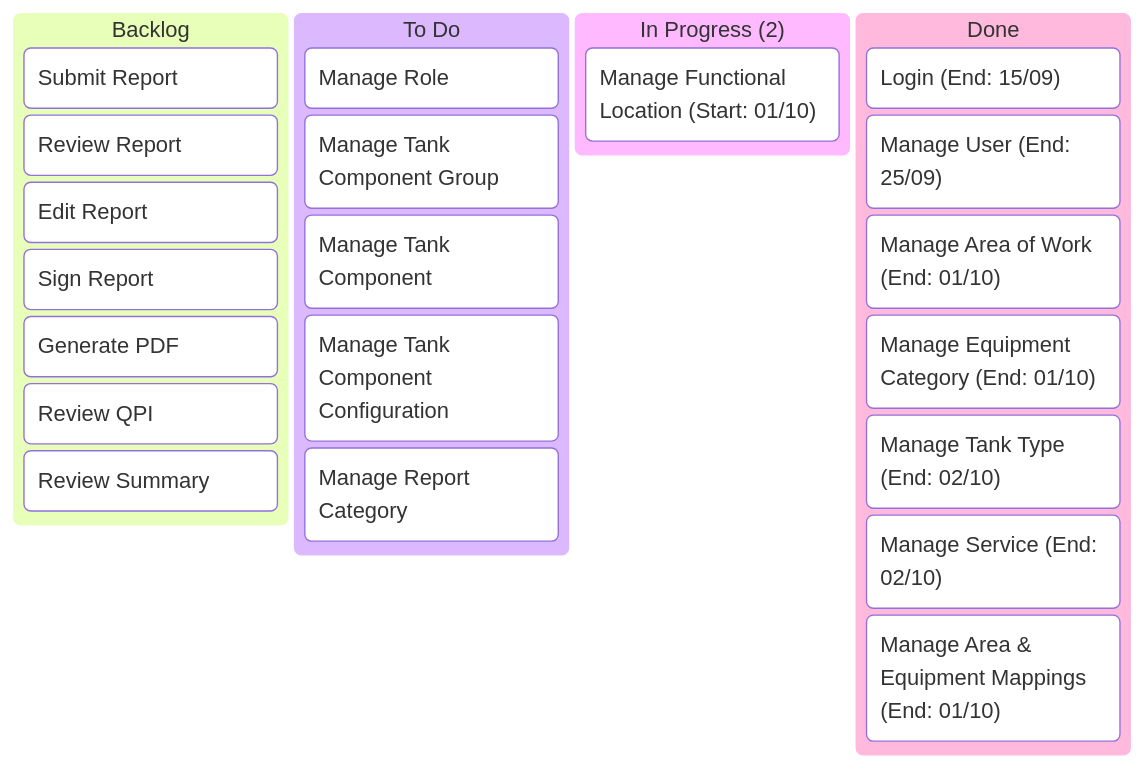
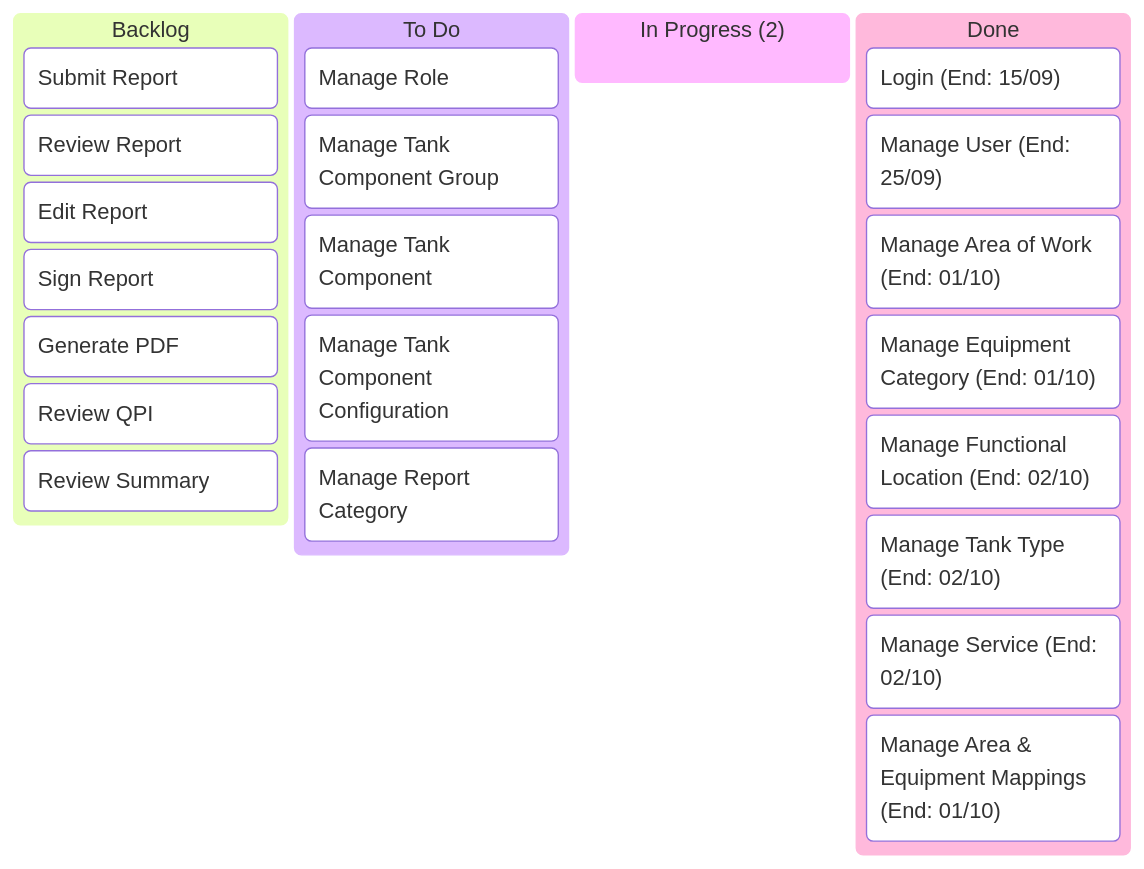
Before and after one commit to billdansr/kanban-boc-om: the diagram in Kanban/02-Kanban.md, drawn with Mermaid.

Commit message:
vault backup: 2025-10-02 09:14:14
Manage Functional Location end in 02/10

````diff
--- a/Kanban/02-Kanban.md
+++ b/Kanban/02-Kanban.md
@@ -3,31 +3,32 @@
 ```mermaid
 kanban
   backlog[Backlog]
 	  b2[Submit Report]
 	  b3[Review Report]
 	  b4[Edit Report]
 	  b5[Sign Report]
 	  b6[Generate PDF]
 	  b7[Review QPI]
 	  b8[Review Summary]
 
   todo[To Do]
 	  t10[Manage Role]
 	  
 	  t16[Manage Tank Component Group]
 	  t17[Manage Tank Component]
 	  t18[Manage Tank Component Configuration]
 	  t19[Manage Report Category]
 
   inprogress["In Progress (2)"]
-	  i13["Manage Functional Location (Start: 01/10)"]
+	  
 
   done[Done]
 	  d1["Login (End: 15/09)"]
 	  d9["Manage User (End: 25/09)"]
 	  d11["Manage Area of Work (End: 01/10)"]
 	  d12["Manage Equipment Category (End: 01/10)"]
+	  i13["Manage Functional Location (End: 02/10)"]
 	  d14["Manage Tank Type (End: 02/10)"]
 	  d15["Manage Service (End: 02/10)"]
 	  d20["Manage Area & Equipment Mappings (End: 01/10)"]
 ```
````
